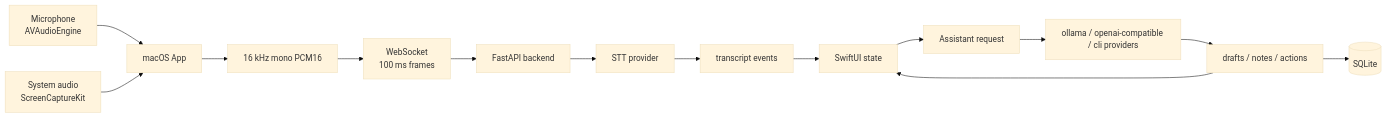
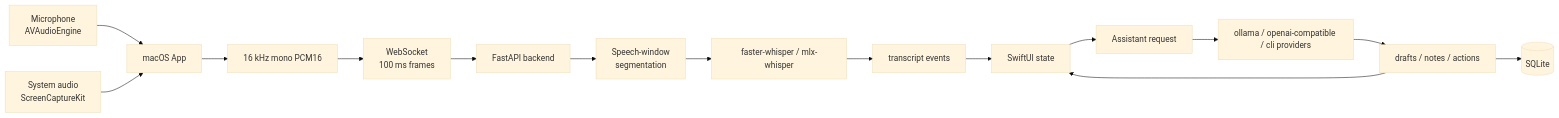
The diagram in AGENTS.md (elvisdragonmao/emeet), drawn with Mermaid (base theme) before and after one commit. The commit also changed other lines of this file and 3 other files, not shown here.

Commit message:
docs: remove demo script and update slides for clarity and flow

````diff
--- a/AGENTS.md
+++ b/AGENTS.md
@@ -41,16 +43,17 @@
 ```mermaid
 flowchart LR
     Mic[Microphone<br/>AVAudioEngine] --> Mac[macOS App]
     System[System audio<br/>ScreenCaptureKit] --> Mac
     Mac --> PCM[16 kHz mono PCM16]
     PCM --> WS[WebSocket<br/>100 ms frames]
     WS --> Backend[FastAPI backend]
-    Backend --> STT[STT provider]
+    Backend --> Seg[Speech-window<br/>segmentation]
+    Seg --> STT[faster-whisper / mlx-whisper]
     STT --> Transcript[transcript events]
     Transcript --> UI[SwiftUI state]
     UI --> Assistant[Assistant request]
     Assistant --> Provider[ollama / openai-compatible / cli providers]
     Provider --> JSON[drafts / notes / actions]
     JSON --> UI
     JSON --> SQLite[(SQLite)]
 ```
````
